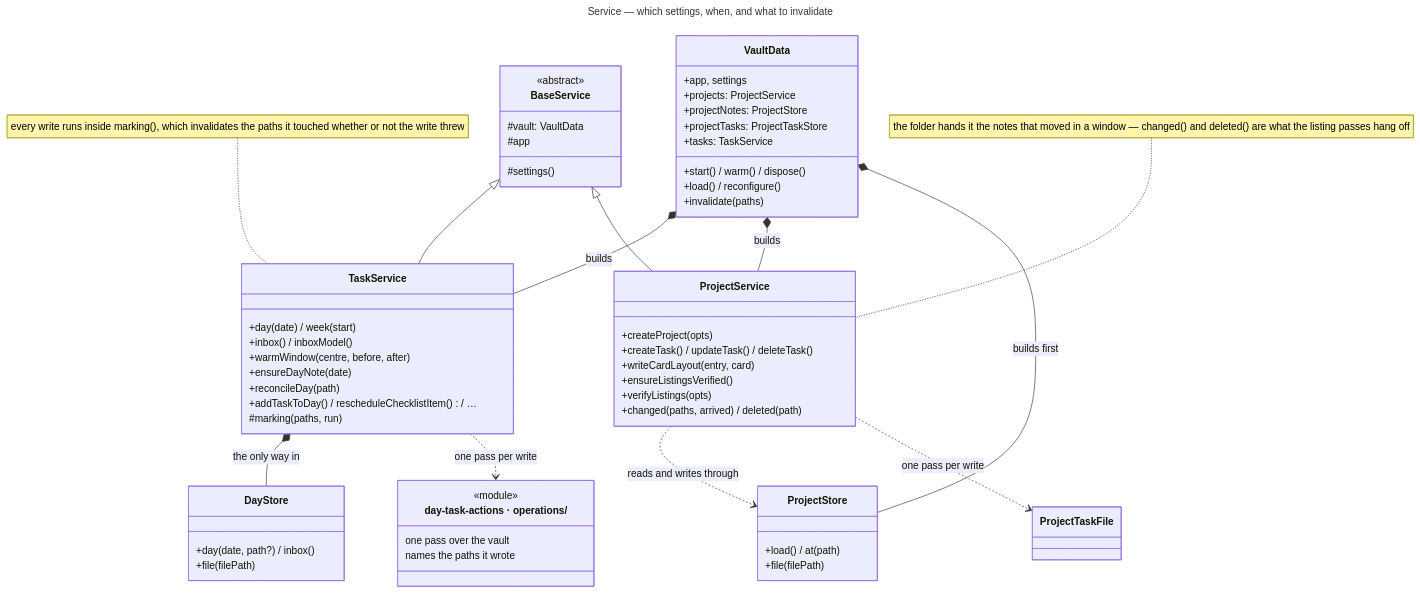
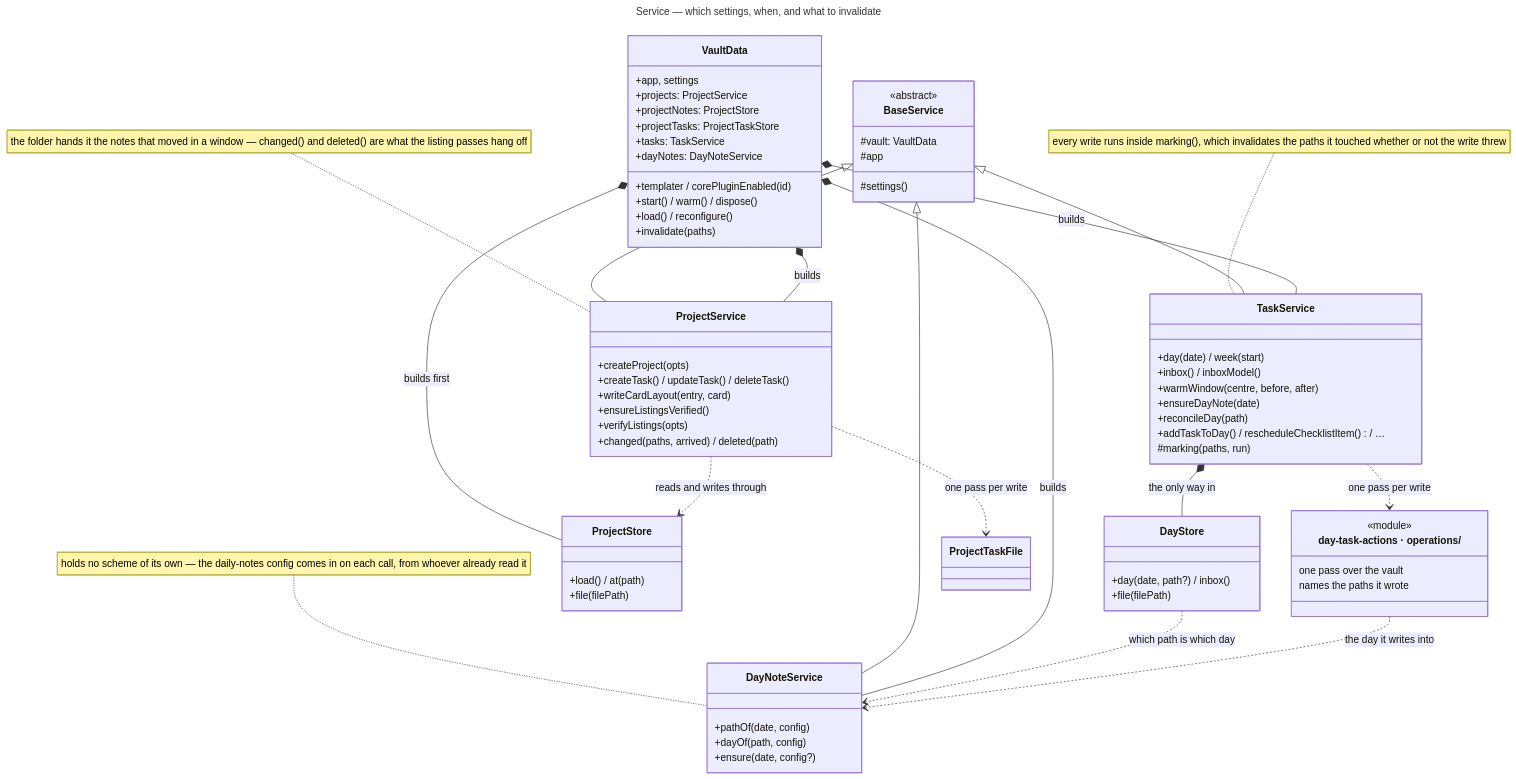
One commit to Laurent-Ferier/pm-compass changed the diagram in docs/technical/diagrams/service.mmd. Above: the diagram before and after it, drawn with Mermaid. The commit also changed 29 other files, not shown here.

First line of the commit message:
refactor: where a day's note lives is the vault's to say

```diff
--- a/docs/technical/diagrams/service.mmd
+++ b/docs/technical/diagrams/service.mmd
@@ -1,71 +1,84 @@
 ---
 title: Service — which settings, when, and what to invalidate
 ---
 classDiagram
   direction TB
 
   class VaultData {
     +app, settings
+    +templater / corePluginEnabled(id)
     +projects: ProjectService
     +projectNotes: ProjectStore
     +projectTasks: ProjectTaskStore
     +tasks: TaskService
+    +dayNotes: DayNoteService
     +start() / warm() / dispose()
     +load() / reconfigure()
     +invalidate(paths)
   }
 
   class BaseService {
     <<abstract>>
     #vault: VaultData
     #app
     #settings()
   }
 
   class TaskService {
     +day(date) / week(start)
     +inbox() / inboxModel()
     +warmWindow(centre, before, after)
     +ensureDayNote(date)
     +reconcileDay(path)
     +addTaskToDay() / rescheduleChecklistItem() / …
     #marking(paths, run)
   }
 
   class ProjectService {
     +createProject(opts)
     +createTask() / updateTask() / deleteTask()
     +writeCardLayout(entry, card)
     +ensureListingsVerified()
     +verifyListings(opts)
     +changed(paths, arrived) / deleted(path)
   }
 
+  class DayNoteService {
+    +pathOf(date, config)
+    +dayOf(path, config)
+    +ensure(date, config?)
+  }
+
   class DayStore {
     +day(date, path?) / inbox()
     +file(filePath)
   }
 
   class ProjectStore {
     +load() / at(path)
     +file(filePath)
   }
 
   class dayTaskActions["day-task-actions · operations/"] {
     <<module>>
     one pass over the vault
     names the paths it wrote
   }
 
   BaseService <|-- TaskService
   BaseService <|-- ProjectService
+  BaseService <|-- DayNoteService
   VaultData *-- TaskService : builds
   VaultData *-- ProjectService : builds
+  VaultData *-- DayNoteService : builds
   VaultData *-- ProjectStore : builds first
   TaskService *-- DayStore : the only way in
   ProjectService ..> ProjectStore : reads and writes through
   TaskService ..> dayTaskActions : one pass per write
   ProjectService ..> ProjectTaskFile : one pass per write
+  DayStore ..> DayNoteService : which path is which day
+  dayTaskActions ..> DayNoteService : the day it writes into
 
+  note for DayNoteService "holds no scheme of its own — the daily-notes config comes in on each call, from whoever already read it"
   note for ProjectService "the folder hands it the notes that moved in a window — changed() and deleted() are what the listing passes hang off"
   note for TaskService "every write runs inside marking(), which invalidates the paths it touched whether or not the write threw"
```
